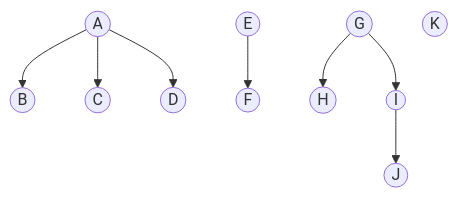
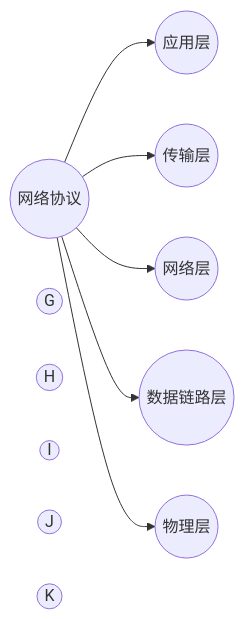
The diagram in 计算机网络.md (cyyuz/Note), drawn with Mermaid before and after one commit.

````diff
--- a/计算机网络.md
+++ b/计算机网络.md
@@ -55,22 +55,21 @@
 ```mermaid
-graph TB
+graph LR
 
-A((A))
-B((B))
-C((C))
-D((D))
-E((E))
-F((F))
+A((网络协议))
+B((应用层))
+C((传输层))
+D((网络层))
+E((数据链路层))
+F((物理层))
 G((G))
 H((H))
 I((I))
 J((J)) 
 K((K))
 A-->B
 A-->C
 A-->D
-E-->F
-G-->H
-G-->I
-I-->J
+A-->E
+A-->F
+
 ```
````
